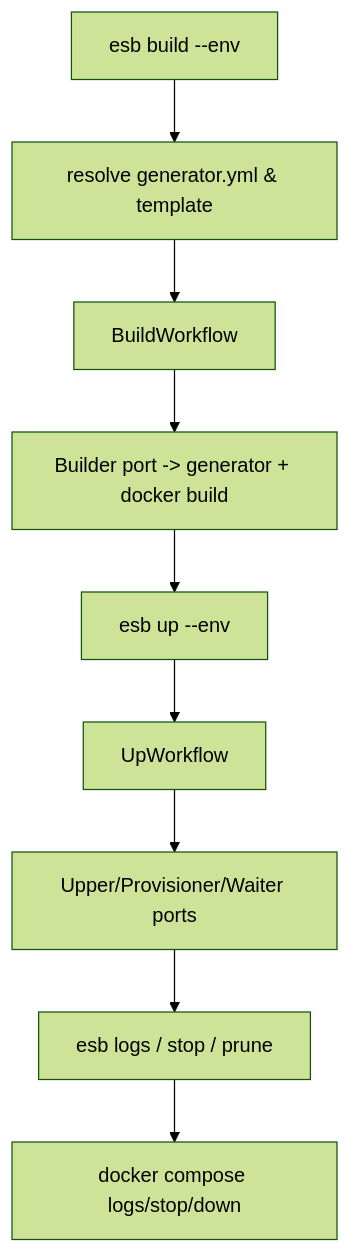
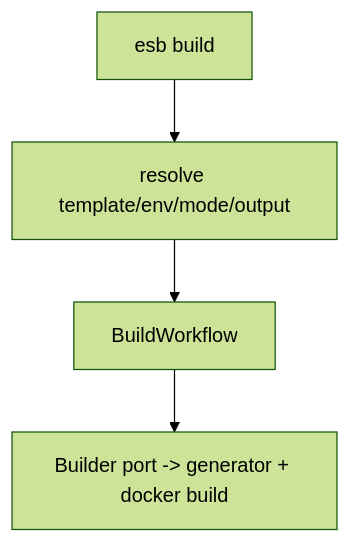
One commit to poruru-code/esb changed the second of 2 diagrams in docs/developer/cli-architecture.md. Above: the diagram before and after it, drawn with Mermaid (forest theme). The commit also changed other lines of this file and 3 other files, not shown here.

````diff
--- a/docs/developer/cli-architecture.md
+++ b/docs/developer/cli-architecture.md
@@ -61,11 +52,6 @@
 ```mermaid
 flowchart TD
-    A[esb build --env <env>] --> B[resolve generator.yml & template]
+    A[esb build] --> B[resolve template/env/mode/output]
     B --> C[BuildWorkflow]
     C --> D[Builder port -> generator + docker build]
-    D --> E[esb up --env <env>]
-    E --> F[UpWorkflow]
-    F --> G[Upper/Provisioner/Waiter ports]
-    G --> H[esb logs / stop / prune]
-    H --> I[docker compose logs/stop/down]
 ```
````
